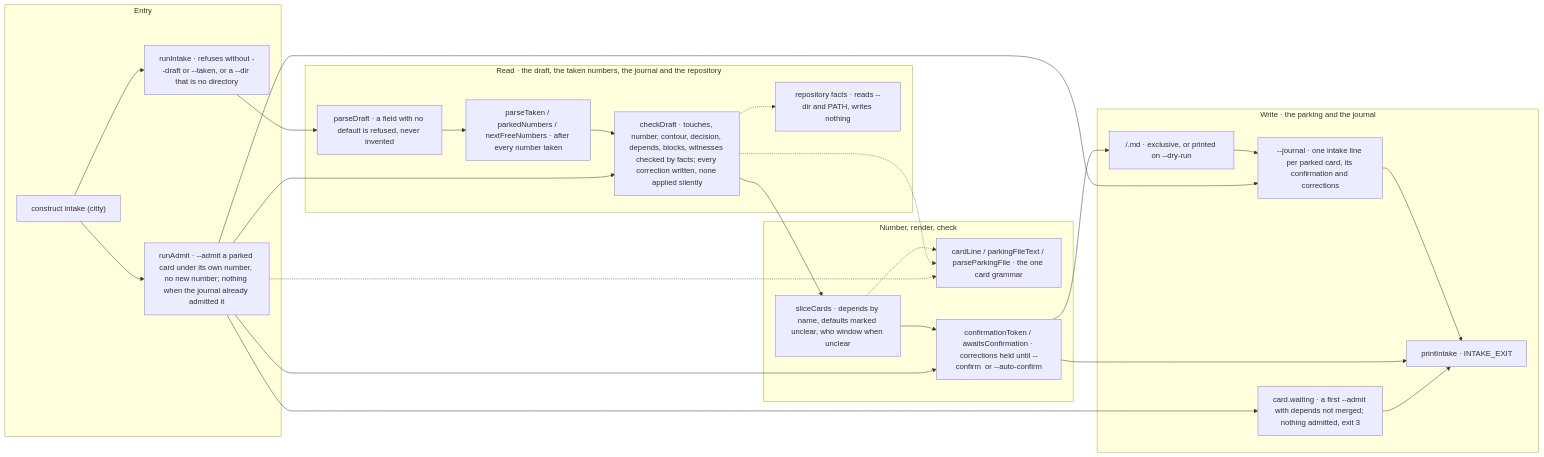
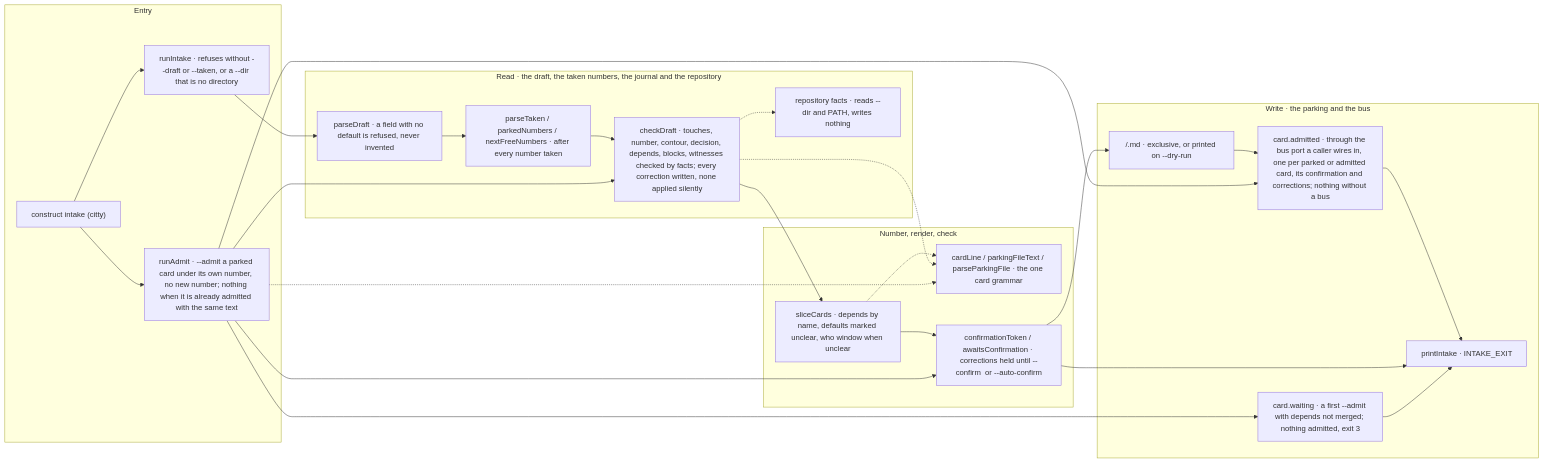
Before and after one commit to E1i/mikoshi-construct: the diagram in architecture/intake.md, drawn with Mermaid. The commit also changed other lines of this file and 2 other files, not shown here.

````diff
--- a/architecture/intake.md
+++ b/architecture/intake.md
@@ -10,45 +10,45 @@
 ```mermaid
 flowchart LR
   subgraph b_entry["Entry"]
     cli["construct intake (citty)"]
     run["runIntake · refuses without --draft or --taken, or a --dir that is no directory"]
-    admit["runAdmit · --admit a parked card under its own number, no new number; nothing when the journal already admitted it"]
+    admit["runAdmit · --admit a parked card under its own number, no new number; nothing when it is already admitted with the same text"]
   end
   subgraph b_read["Read · the draft, the taken numbers, the journal and the repository"]
     draft["parseDraft · a field with no default is refused, never invented"]
     numbers["parseTaken / parkedNumbers / nextFreeNumbers · after every number taken"]
     check["checkDraft · touches, number, contour, decision, depends, blocks, witnesses checked by facts; every correction written, none applied silently"]
     facts["repository facts · reads --dir and PATH, writes nothing"]
   end
   subgraph b_slice["Number, render, check"]
     slice["sliceCards · depends by name, defaults marked unclear, who window when unclear"]
     grammar["cardLine / parkingFileText / parseParkingFile · the one card grammar"]
     confirm["confirmationToken / awaitsConfirmation · corrections held until --confirm <token> or --auto-confirm"]
   end
-  subgraph b_write["Write · the parking and the journal"]
+  subgraph b_write["Write · the parking and the bus"]
     write["<parking>/<id>.md · exclusive, or printed on --dry-run"]
-    journal["--journal · one intake line per parked card, its confirmation and corrections"]
+    admitted["card.admitted · through the bus port a caller wires in, one per parked or admitted card, its confirmation and corrections; nothing without a bus"]
     waiting["card.waiting · a first --admit with depends not merged; nothing admitted, exit 3"]
     print["printIntake · INTAKE_EXIT"]
   end
   cli --> run
   cli --> admit
   admit -.-> grammar
   admit --> check
   admit --> confirm
   admit --> waiting
-  admit --> journal
+  admit --> admitted
   waiting --> print
   run --> draft
   draft --> numbers
   numbers --> check
   check --> slice
   check -.-> facts
   check -.-> grammar
   slice -.-> grammar
   slice --> confirm
   confirm --> write
   confirm --> print
-  write --> journal
-  journal --> print
+  write --> admitted
+  admitted --> print
 ```
````
